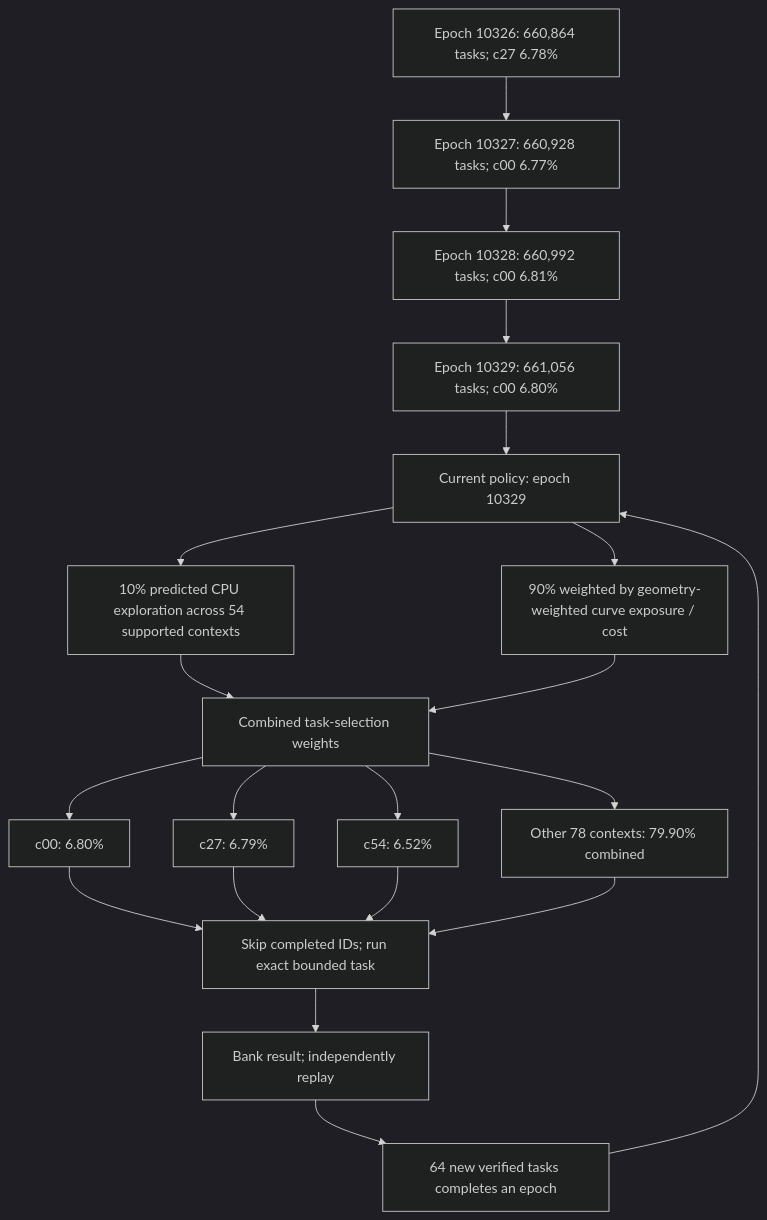
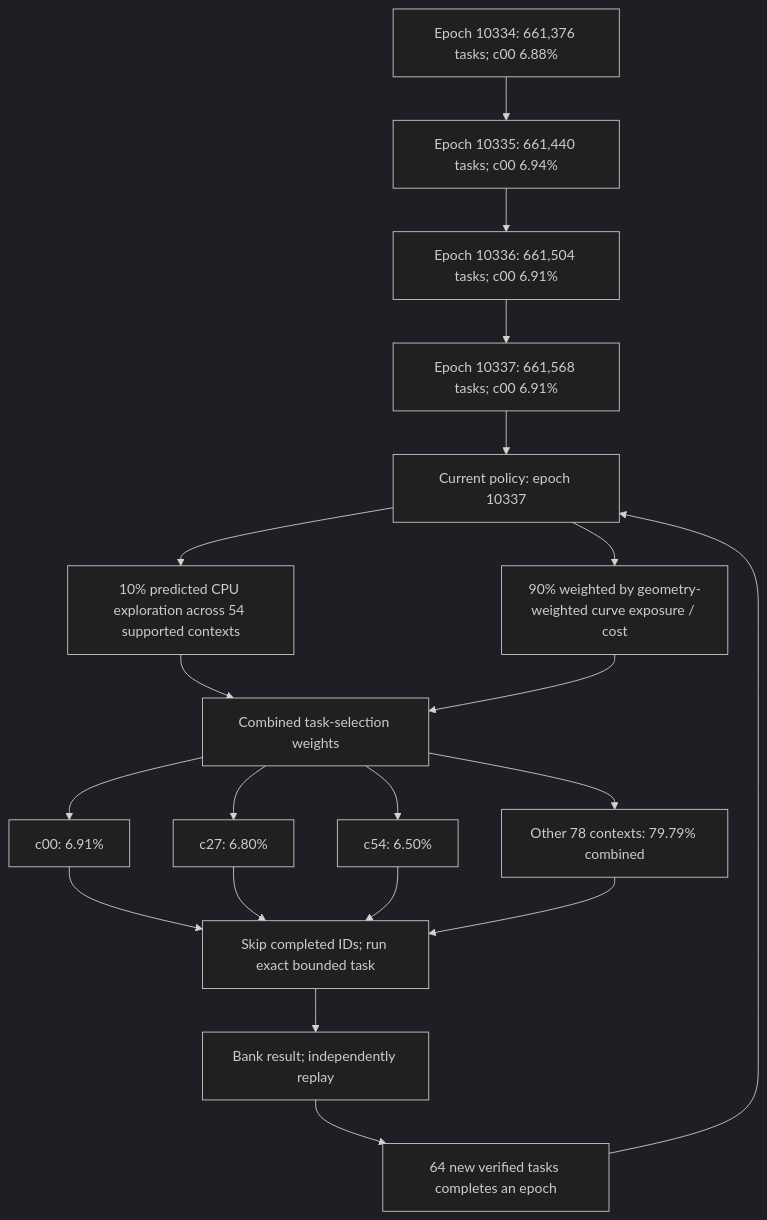
The first of 4 diagrams in README.md (Kuberwastaken/math-gambling), drawn with Mermaid (dark theme) before and after one commit. The commit also changed other lines of this file and 1734 other files, not shown here.

````diff
--- a/README.md
+++ b/README.md
@@ -60,27 +60,27 @@
 ```mermaid
 flowchart TD
-    H0["Epoch 10326: 660,864 tasks; c27 6.78%"]
-    H1["Epoch 10327: 660,928 tasks; c00 6.77%"]
+    H0["Epoch 10334: 661,376 tasks; c00 6.88%"]
+    H1["Epoch 10335: 661,440 tasks; c00 6.94%"]
     H0 --> H1
-    H2["Epoch 10328: 660,992 tasks; c00 6.81%"]
+    H2["Epoch 10336: 661,504 tasks; c00 6.91%"]
     H1 --> H2
-    H3["Epoch 10329: 661,056 tasks; c00 6.80%"]
+    H3["Epoch 10337: 661,568 tasks; c00 6.91%"]
     H2 --> H3
-    Policy["Current policy: epoch 10329"]
+    Policy["Current policy: epoch 10337"]
     H3 --> Policy
     Policy --> Explore["10% predicted CPU exploration across 54 supported contexts"]
     Policy --> Cost["90% weighted by geometry-weighted curve exposure / cost"]
     Explore --> Mix["Combined task-selection weights"]
     Cost --> Mix
-    Mix --> C0["c00: 6.80%"]
-    Mix --> C1["c27: 6.79%"]
-    Mix --> C2["c54: 6.52%"]
-    Mix --> Rest["Other 78 contexts: 79.90% combined"]
+    Mix --> C0["c00: 6.91%"]
+    Mix --> C1["c27: 6.80%"]
+    Mix --> C2["c54: 6.50%"]
+    Mix --> Rest["Other 78 contexts: 79.79% combined"]
     C0 --> Check["Skip completed IDs; run exact bounded task"]
     C1 --> Check
     C2 --> Check
     Rest --> Check
     Check --> Replay["Bank result; independently replay"]
     Replay --> Gate["64 new verified tasks completes an epoch"]
     Gate --> Policy
 ```
````
